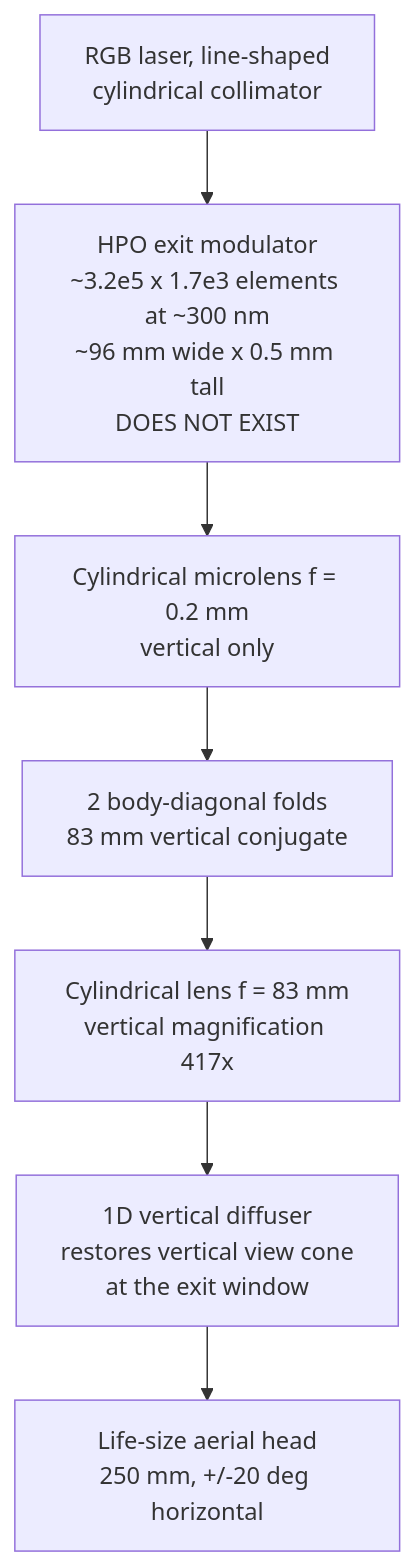
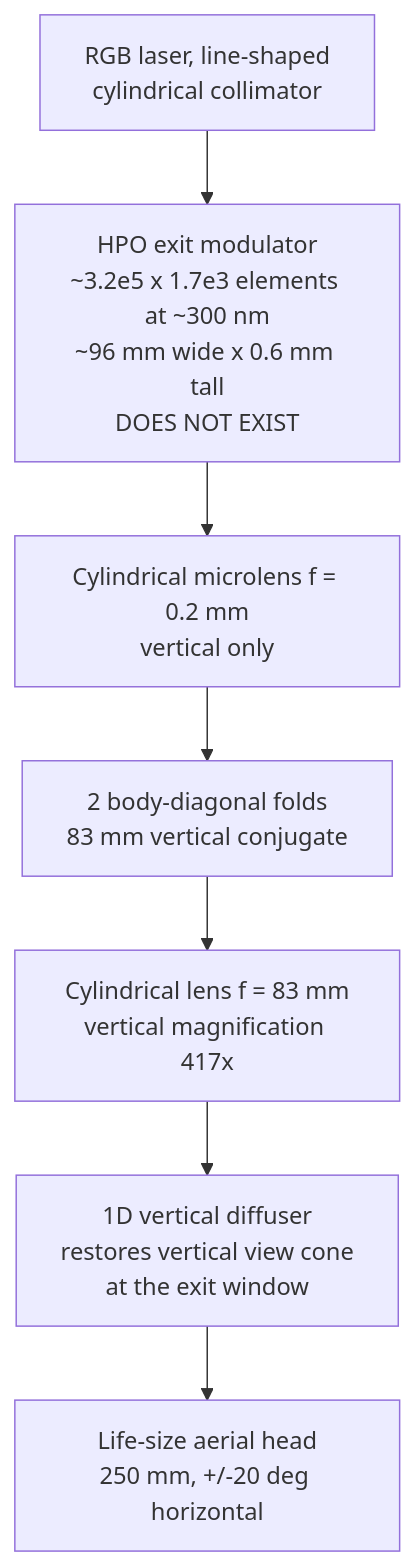
One commit to tamim1089/tayf changed the fifth of 7 diagrams in docs/02_FREE_SPACE_OPTICAL_ENGINEERING.md. Above: the diagram before and after it, drawn with Mermaid. The commit also changed other lines of this file and 2 other files, not shown here.

````diff
--- a/docs/02_FREE_SPACE_OPTICAL_ENGINEERING.md
+++ b/docs/02_FREE_SPACE_OPTICAL_ENGINEERING.md
@@ -686,9 +686,9 @@
 ```mermaid
 flowchart TB
-    SRC["RGB laser, line-shaped<br/>cylindrical collimator"] --> MOD["HPO exit modulator<br/>~3.2e5 x 1.7e3 elements at ~300 nm<br/>~96 mm wide x 0.5 mm tall<br/>DOES NOT EXIST"]
+    SRC["RGB laser, line-shaped<br/>cylindrical collimator"] --> MOD["HPO exit modulator<br/>~3.2e5 x 1.7e3 elements at ~300 nm<br/>~96 mm wide x 0.6 mm tall<br/>DOES NOT EXIST"]
     MOD --> CYL1["Cylindrical microlens f = 0.2 mm<br/>vertical only"]
     CYL1 --> FOLD["2 body-diagonal folds<br/>83 mm vertical conjugate"]
     FOLD --> CYL2["Cylindrical lens f = 83 mm<br/>vertical magnification 417x"]
     CYL2 --> DIFF["1D vertical diffuser<br/>restores vertical view cone<br/>at the exit window"]
     DIFF --> OUT["Life-size aerial head<br/>250 mm, +/-20 deg horizontal"]
 ```
````
